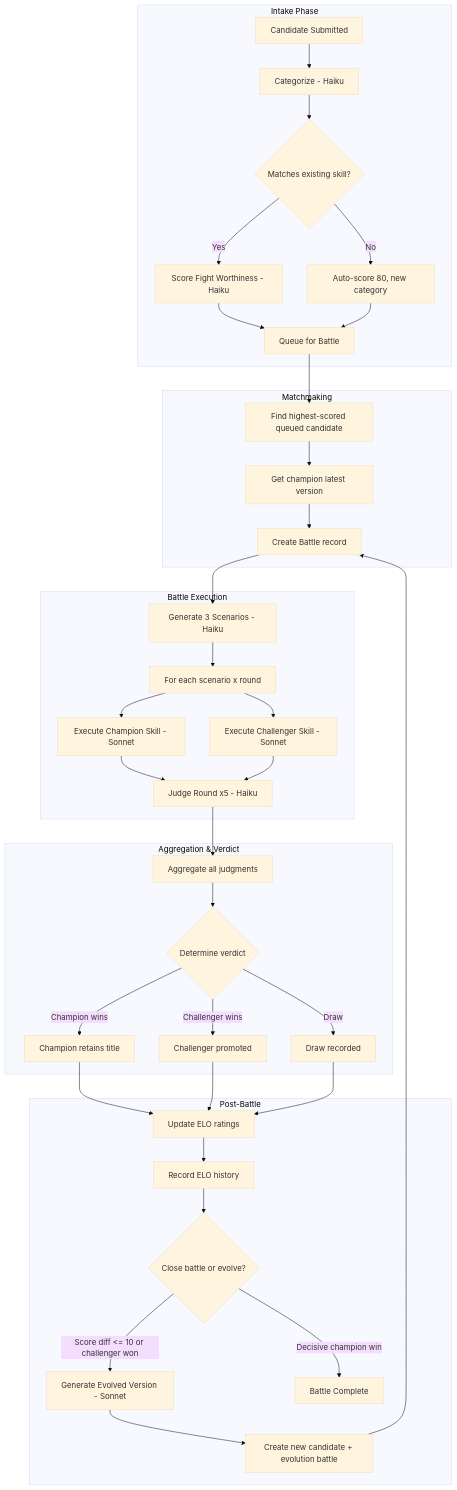
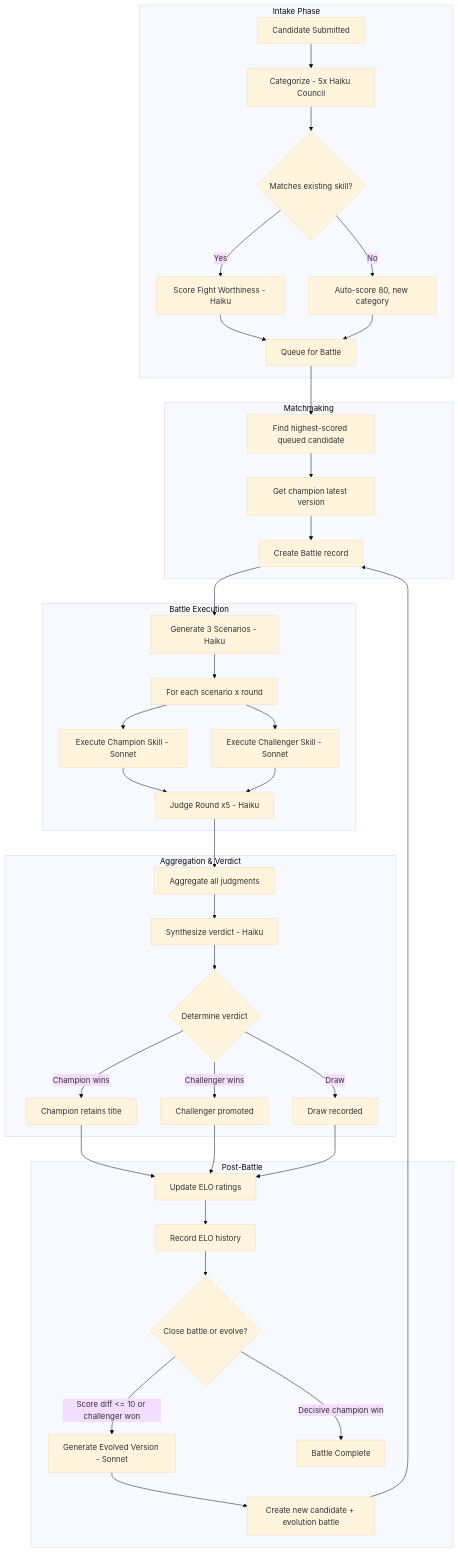
Before and after one commit to chrisrogers37/claudiator: the diagram in documentation/arena-process-flow.md, drawn with Mermaid (base theme). The commit also changed other lines of this file and 7 other files, not shown here.

First line of the commit message:
docs: review, archive completed plans, add next-steps roadmap

````diff
--- a/documentation/arena-process-flow.md
+++ b/documentation/arena-process-flow.md
@@ -7,47 +7,48 @@
 ```mermaid
 flowchart TD
     subgraph Intake["Intake Phase"]
-        A[Candidate Submitted] --> B[Categorize - Haiku]
+        A[Candidate Submitted] --> B[Categorize - 5x Haiku Council]
         B --> C{Matches existing skill?}
         C -->|Yes| D[Score Fight Worthiness - Haiku]
         C -->|No| E[Auto-score 80, new category]
         D --> F[Queue for Battle]
         E --> F
     end
 
     subgraph Matchmaking["Matchmaking"]
         F --> G[Find highest-scored queued candidate]
         G --> H[Get champion latest version]
         H --> I[Create Battle record]
     end
 
     subgraph BattleExec["Battle Execution"]
         I --> J[Generate 3 Scenarios - Haiku]
         J --> K[For each scenario x round]
 
         K --> L1[Execute Champion Skill - Sonnet]
         K --> L2[Execute Challenger Skill - Sonnet]
         L1 --> M[Judge Round x5 - Haiku]
         L2 --> M
     end
 
     subgraph Verdict["Aggregation & Verdict"]
         M --> N[Aggregate all judgments]
-        N --> O{Determine verdict}
+        N --> N2[Synthesize verdict - Haiku]
+        N2 --> O{Determine verdict}
         O -->|Champion wins| P[Champion retains title]
         O -->|Challenger wins| Q[Challenger promoted]
         O -->|Draw| R[Draw recorded]
     end
 
     subgraph PostBattle["Post-Battle"]
         P --> S[Update ELO ratings]
         Q --> S
         R --> S
         S --> T[Record ELO history]
         T --> U{Close battle or evolve?}
         U -->|Score diff <= 10 or challenger won| V[Generate Evolved Version - Sonnet]
         V --> W[Create new candidate + evolution battle]
         W --> I
         U -->|Decisive champion win| X[Battle Complete]
     end
 ```
````
